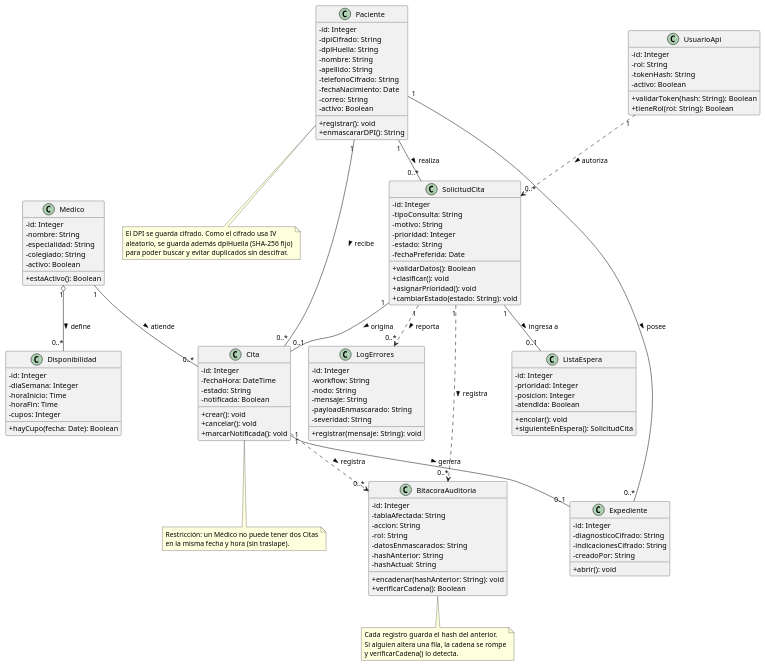
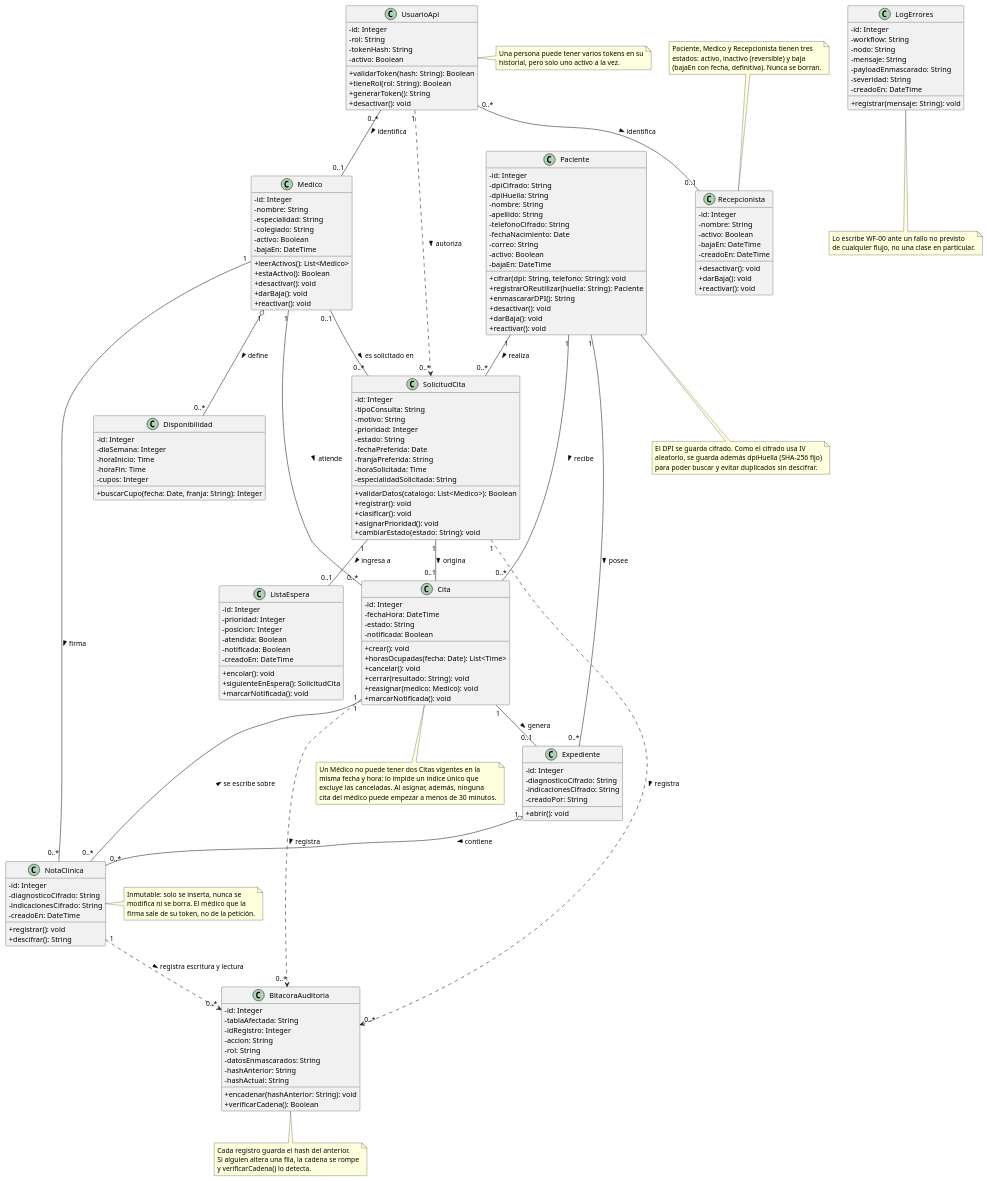
One commit to JOMALLMM1116/ProyectoSIGAC changed the diagram in docs/uml/Clases.puml. Above: the diagram before and after it, drawn with PlantUML. The commit also changed 6 other files, not shown here.

Commit message:
:memo: diagramas UML actualizados a WF-07 a WF-09, casos de uso rehecho y PDF nuevo

```diff
--- a/docs/uml/Clases.puml
+++ b/docs/uml/Clases.puml
@@ -8,6 +8,8 @@
   - activo: Boolean
   + validarToken(hash: String): Boolean
   + tieneRol(rol: String): Boolean
+  + generarToken(): String
+  + desactivar(): void
 }
 
 class Paciente {
@@ -20,8 +22,13 @@
   - fechaNacimiento: Date
   - correo: String
   - activo: Boolean
-  + registrar(): void
+  - bajaEn: DateTime
+  + cifrar(dpi: String, telefono: String): void
+  + registrarOReutilizar(huella: String): Paciente
   + enmascararDPI(): String
+  + desactivar(): void
+  + darBaja(): void
+  + reactivar(): void
 }
 
 class Medico {
@@ -30,7 +37,23 @@
   - especialidad: String
   - colegiado: String
   - activo: Boolean
+  - bajaEn: DateTime
+  + leerActivos(): List<Medico>
   + estaActivo(): Boolean
+  + desactivar(): void
+  + darBaja(): void
+  + reactivar(): void
+}
+
+class Recepcionista {
+  - id: Integer
+  - nombre: String
+  - activo: Boolean
+  - bajaEn: DateTime
+  - creadoEn: DateTime
+  + desactivar(): void
+  + darBaja(): void
+  + reactivar(): void
 }
 
 class Disponibilidad {
@@ -39,7 +62,7 @@
   - horaInicio: Time
   - horaFin: Time
   - cupos: Integer
-  + hayCupo(fecha: Date): Boolean
+  + buscarCupo(fecha: Date, franja: String): Integer
 }
 
 class SolicitudCita {
@@ -49,7 +72,11 @@
   - prioridad: Integer
   - estado: String
   - fechaPreferida: Date
-  + validarDatos(): Boolean
+  - franjaPreferida: String
+  - horaSolicitada: Time
+  - especialidadSolicitada: String
+  + validarDatos(catalogo: List<Medico>): Boolean
+  + registrar(): void
   + clasificar(): void
   + asignarPrioridad(): void
   + cambiarEstado(estado: String): void
@@ -61,7 +88,10 @@
   - estado: String
   - notificada: Boolean
   + crear(): void
+  + horasOcupadas(fecha: Date): List<Time>
   + cancelar(): void
+  + cerrar(resultado: String): void
+  + reasignar(medico: Medico): void
   + marcarNotificada(): void
 }
 
@@ -73,18 +103,31 @@
   + abrir(): void
 }
 
+class NotaClinica {
+  - id: Integer
+  - diagnosticoCifrado: String
+  - indicacionesCifrado: String
+  - creadoEn: DateTime
+  + registrar(): void
+  + descifrar(): String
+}
+
 class ListaEspera {
   - id: Integer
   - prioridad: Integer
   - posicion: Integer
   - atendida: Boolean
+  - notificada: Boolean
+  - creadoEn: DateTime
   + encolar(): void
   + siguienteEnEspera(): SolicitudCita
+  + marcarNotificada(): void
 }
 
 class BitacoraAuditoria {
   - id: Integer
   - tablaAfectada: String
+  - idRegistro: Integer
   - accion: String
   - rol: String
   - datosEnmascarados: String
@@ -101,6 +144,7 @@
   - mensaje: String
   - payloadEnmascarado: String
   - severidad: String
+  - creadoEn: DateTime
   + registrar(mensaje: String): void
 }
 
@@ -112,15 +156,25 @@
 Cita "1" -- "0..1" Expediente : genera >
 Paciente "1" -- "0..*" Expediente : posee >
 SolicitudCita "1" -- "0..1" ListaEspera : ingresa a >
+Medico "0..1" -- "0..*" SolicitudCita : es solicitado en >
+
+Expediente "1" o-- "0..*" NotaClinica : contiene >
+Medico "1" -- "0..*" NotaClinica : firma >
+Cita "1" -- "0..*" NotaClinica : se escribe sobre <
+
+UsuarioApi "0..*" -- "0..1" Medico : identifica >
+UsuarioApi "0..*" -- "0..1" Recepcionista : identifica >
 
 UsuarioApi "1" ..> "0..*" SolicitudCita : autoriza >
 SolicitudCita "1" ..> "0..*" BitacoraAuditoria : registra >
 Cita "1" ..> "0..*" BitacoraAuditoria : registra >
-SolicitudCita "1" ..> "0..*" LogErrores : reporta >
+NotaClinica "1" ..> "0..*" BitacoraAuditoria : registra escritura y lectura >
 
 note bottom of Cita
-  Restricción: un Médico no puede tener dos Citas
-  en la misma fecha y hora (sin traslape).
+  Un Médico no puede tener dos Citas vigentes en la
+  misma fecha y hora: lo impide un índice único que
+  excluye las canceladas. Al asignar, además, ninguna
+  cita del médico puede empezar a menos de 30 minutos.
 end note
 
 note bottom of Paciente
@@ -134,4 +188,26 @@
   Si alguien altera una fila, la cadena se rompe
   y verificarCadena() lo detecta.
 end note
+
+note right of NotaClinica
+  Inmutable: solo se inserta, nunca se
+  modifica ni se borra. El médico que la
+  firma sale de su token, no de la petición.
+end note
+
+note right of UsuarioApi
+  Una persona puede tener varios tokens en su
+  historial, pero solo uno activo a la vez.
+end note
+
+note top of Recepcionista
+  Paciente, Medico y Recepcionista tienen tres
+  estados: activo, inactivo (reversible) y baja
+  (bajaEn con fecha, definitiva). Nunca se borran.
+end note
+
+note bottom of LogErrores
+  Lo escribe WF-00 ante un fallo no previsto
+  de cualquier flujo, no una clase en particular.
+end note
 @enduml
```
